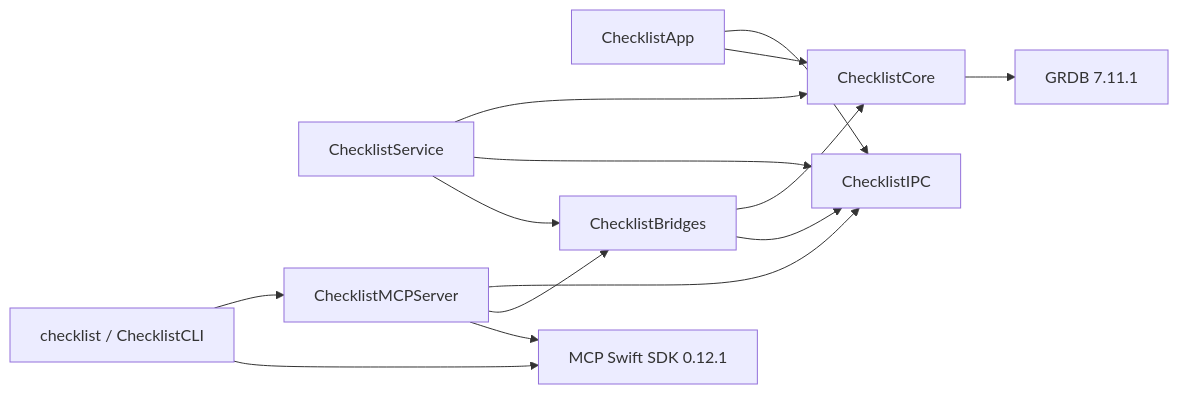
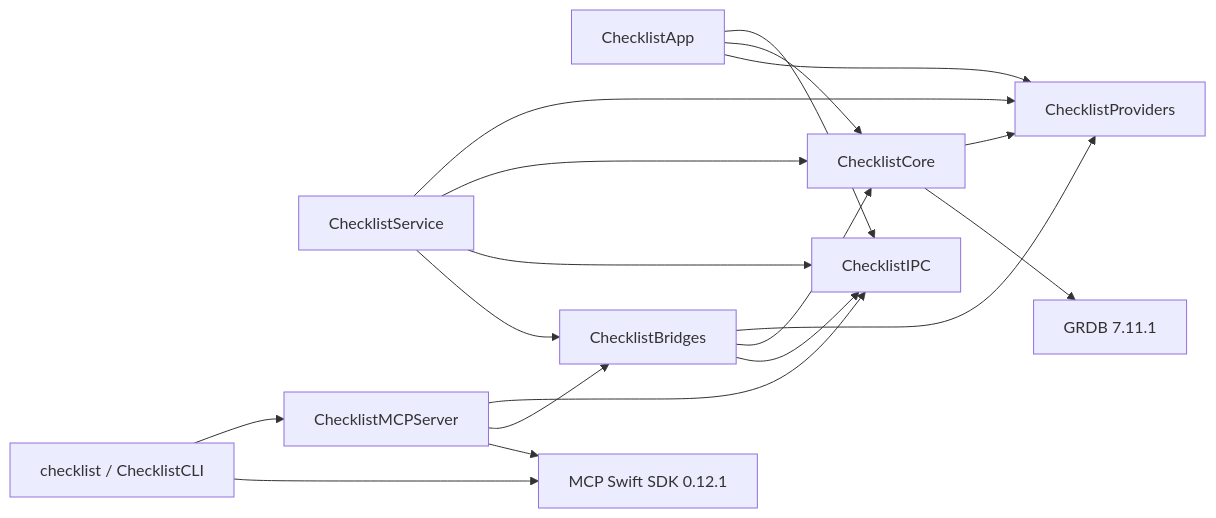
The diagram in docs/monorepo-workspace.md (chrisbrine/checklist), drawn with Mermaid before and after one commit. The commit also changed other lines of this file and 226 other files, not shown here.

````diff
--- a/docs/monorepo-workspace.md
+++ b/docs/monorepo-workspace.md
@@ -7,17 +7,21 @@
 ```mermaid
 graph LR
   App[ChecklistApp] --> IPC[ChecklistIPC]
   App --> Core[ChecklistCore]
+  App --> Providers[ChecklistProviders]
+  Core --> Providers
+  Bridges --> Providers
+  Service --> Providers
   Service[ChecklistService] --> Core[ChecklistCore]
   Service --> IPC
   Service --> Bridges[ChecklistBridges]
   CLI[checklist / ChecklistCLI] --> MCPServer[ChecklistMCPServer]
   CLI --> MCP[MCP Swift SDK 0.12.1]
   Bridges --> Core
 
   MCPServer --> IPC
   MCPServer --> Bridges
   MCPServer --> MCP
   Bridges --> IPC
   Core --> GRDB[GRDB 7.11.1]
 ```
````
